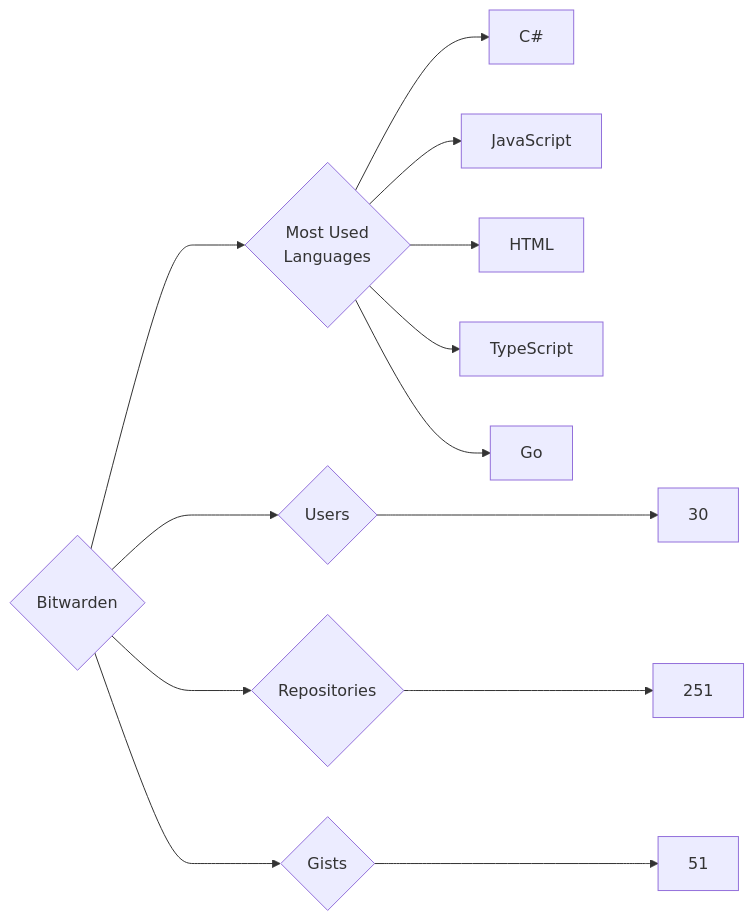
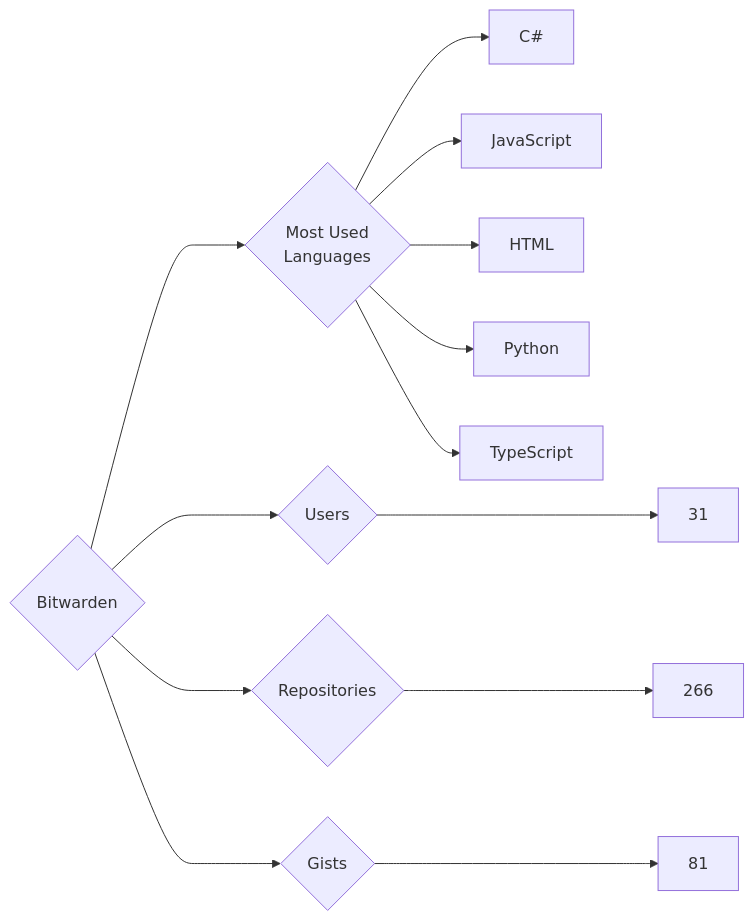
The diagram in targets/Bitwarden/README.md (trickest/insiders), drawn with Mermaid before and after one commit. The commit also changed 1030 other files, not shown here.

````diff
--- a/targets/Bitwarden/README.md
+++ b/targets/Bitwarden/README.md
@@ -3,13 +3,13 @@
 ```mermaid
 graph LR
 COMPANY_NAME{Bitwarden}
-COMPANY_NAME ---> U{Users} ---> UN[30]
-COMPANY_NAME ---> R{Repositories} ---> RN[251]
-COMPANY_NAME ---> G{Gists} ---> GN[51]
+COMPANY_NAME ---> U{Users} ---> UN[31]
+COMPANY_NAME ---> R{Repositories} ---> RN[266]
+COMPANY_NAME ---> G{Gists} ---> GN[81]
 COMPANY_NAME ---> ML{Most Used<br>Languages}
 ML --> C#[C#]
 ML --> JavaScript[JavaScript]
 ML --> HTML[HTML]
+ML --> Python[Python]
 ML --> TypeScript[TypeScript]
-ML --> Go[Go]
 ```
````
